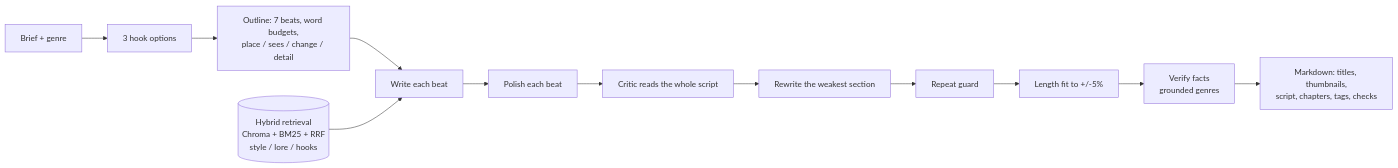
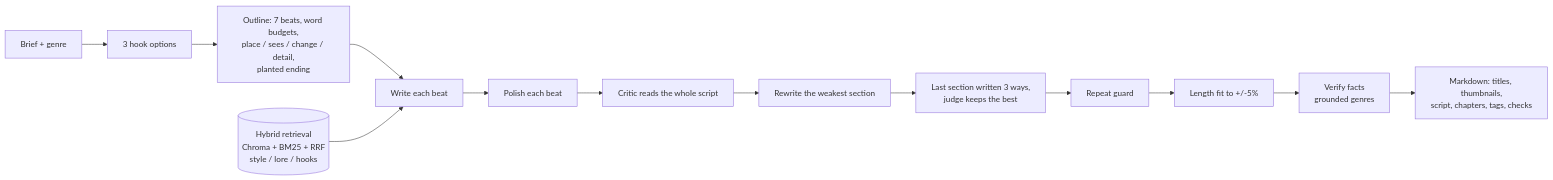
One commit to Nix-ml-journey/LocalRAG changed the diagram in README.md. Above: the diagram before and after it, drawn with Mermaid. The commit also changed other lines of this file and 26 other files, not shown here.

````diff
--- a/README.md
+++ b/README.md
@@ -9,14 +6,15 @@
 ```mermaid
 flowchart LR
     B[Brief + genre] --> H[3 hook options]
-    H --> O[Outline: 7 beats, word budgets,<br/>place / sees / change / detail]
+    H --> O[Outline: 7 beats, word budgets,<br/>place / sees / change / detail,<br/>planted ending]
     O --> W[Write each beat]
     R[(Hybrid retrieval<br/>Chroma + BM25 + RRF<br/>style / lore / hooks)] --> W
     W --> P[Polish each beat]
     P --> C[Critic reads the whole script]
     C --> RV[Rewrite the weakest section]
-    RV --> D[Repeat guard]
+    RV --> E[Last section written 3 ways,<br/>judge keeps the best]
+    E --> D[Repeat guard]
     D --> F[Length fit to +/-5%]
     F --> V[Verify facts<br/>grounded genres]
     V --> M[Markdown: titles, thumbnails,<br/>script, chapters, tags, checks]
 ```
````
